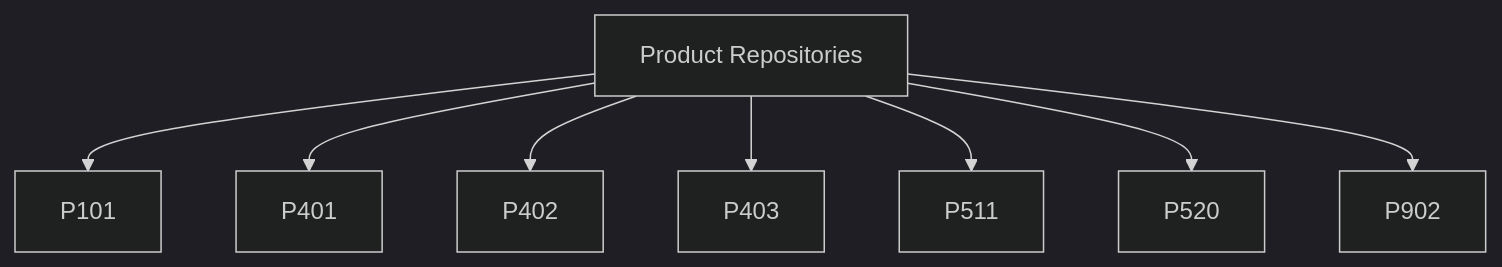
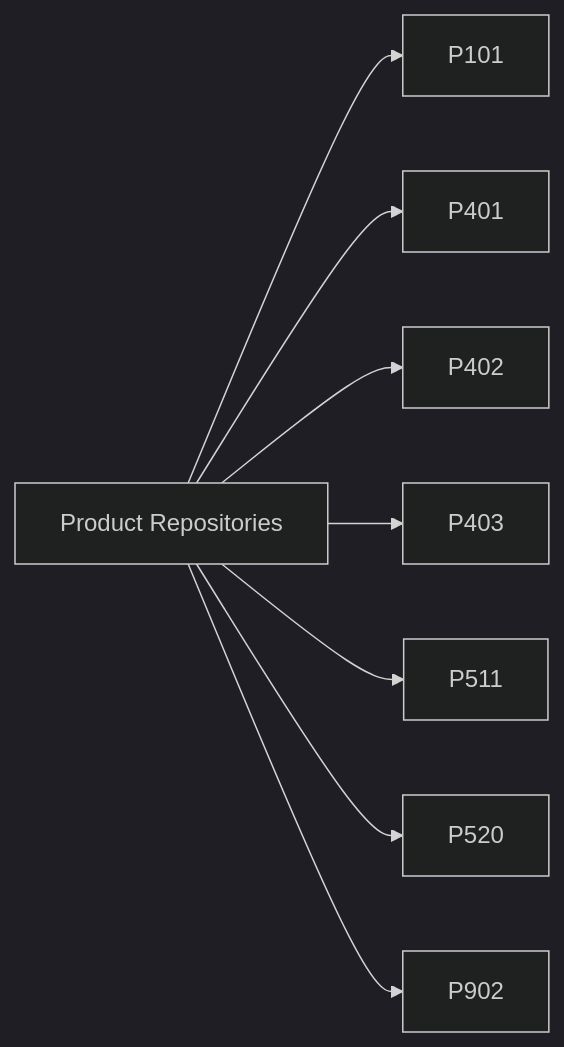
Before and after one commit to Akkoyun-Hardware/.github: the fourth of 4 diagrams in profile/README.md, drawn with Mermaid (dark theme). The commit also changed other lines of this file, not shown here.

Commit message:
docs: switch repository maps to left-to-right mermaid layout

````diff
--- a/profile/README.md
+++ b/profile/README.md
@@ -156,11 +156,11 @@
 ```mermaid
-graph TD
+graph LR
     PROD[Product Repositories]
     PROD --> P101[P101]
     PROD --> P401[P401]
     PROD --> P402[P402]
     PROD --> P403[P403]
     PROD --> P511[P511]
     PROD --> P520[P520]
     PROD --> P902[P902]
 ```
````
